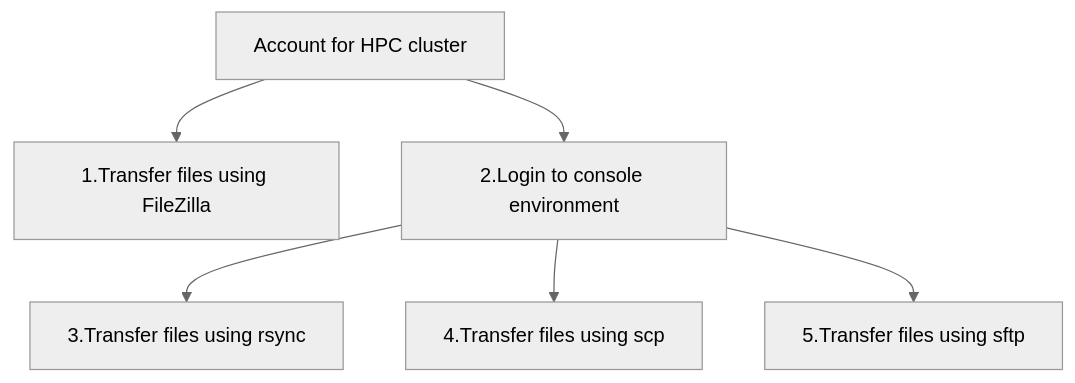
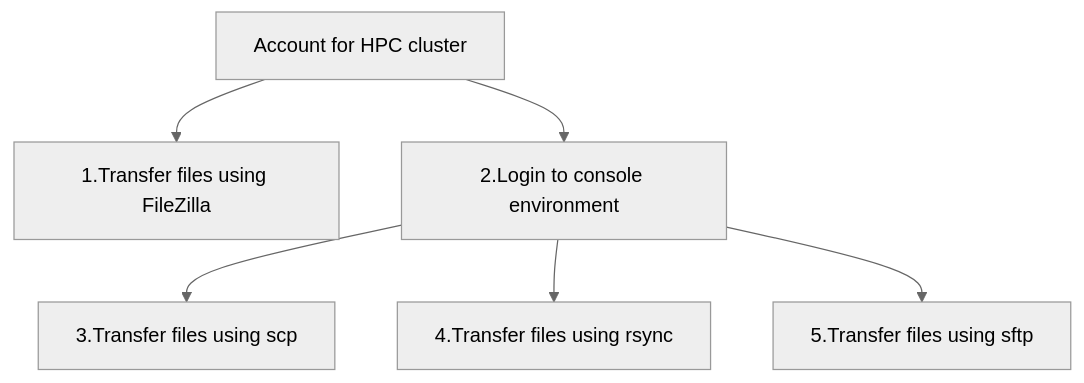
One commit to UPPMAX/naiss_file_transfer_course changed the diagram in docs/sessions/intro.md. Above: the diagram before and after it, drawn with Mermaid (neutral theme). The commit also changed other lines of this file and 1 other file, not shown here.

````diff
--- a/docs/sessions/intro.md
+++ b/docs/sessions/intro.md
@@ -50,15 +40,15 @@
 ```mermaid
 flowchart TD
   account[Account for HPC cluster]
   filezilla[1.Transfer files using FileZilla]
   login_console[2.Login to console environment]
-  rsync[3.Transfer files using rsync]
-  scp[4.Transfer files using scp]
+  scp[3.Transfer files using scp]
+  rsync[4.Transfer files using rsync]
   sftp[5.Transfer files using sftp]
 
   account --> filezilla
   account --> login_console
+  login_console --> scp
   login_console --> rsync
-  login_console --> scp
   login_console --> sftp
 ```
````
